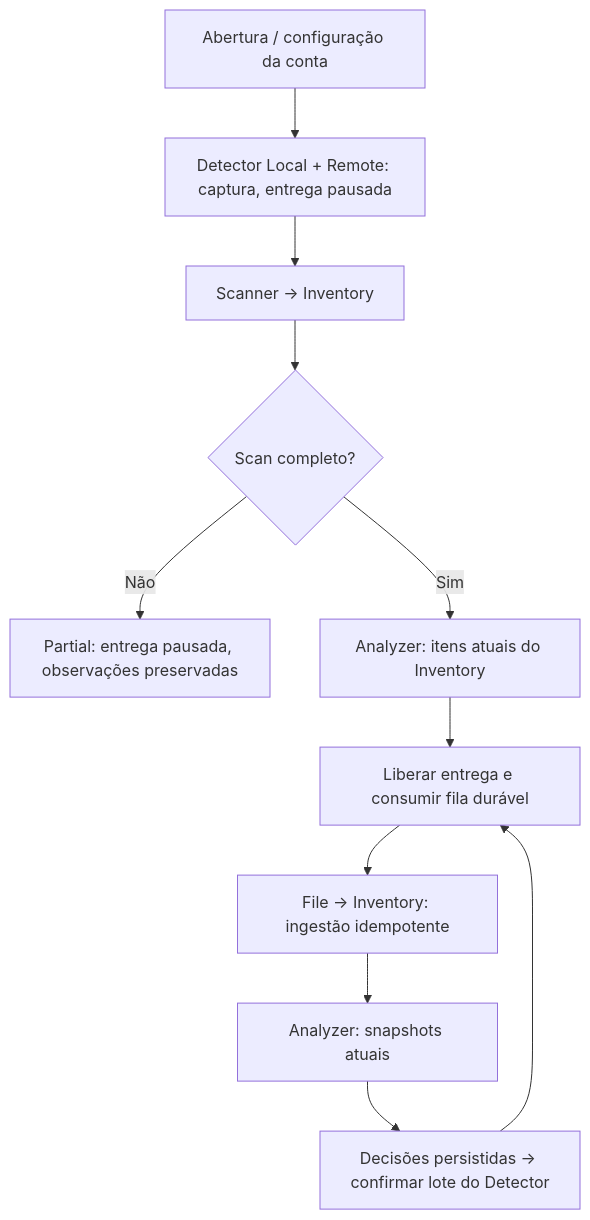
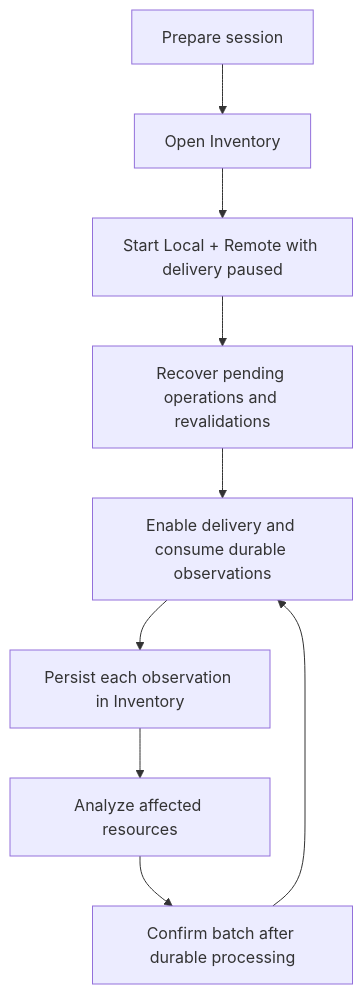
One commit to rafatosta/drivesync changed the diagram in docs/engine/orchestrator/README.md. Above: the diagram before and after it, drawn with Mermaid. The commit also changed other lines of this file and 78 other files, not shown here.

````diff
--- a/docs/engine/orchestrator/README.md
+++ b/docs/engine/orchestrator/README.md
@@ -8,13 +8,11 @@
 ```mermaid
 flowchart TD
-  A["Abertura / configuração da conta"] --> D["Detector Local + Remote: captura, entrega pausada"]
-  D --> S["Scanner → Inventory"]
-  S --> B{"Scan completo?"}
-  B -->|Não| P["Partial: entrega pausada, observações preservadas"]
-  B -->|Sim| I["Analyzer: itens atuais do Inventory"]
-  I --> R["Liberar entrega e consumir fila durável"]
-  R --> E["File → Inventory: ingestão idempotente"]
-  E --> N["Analyzer: snapshots atuais"]
-  N --> K["Decisões persistidas → confirmar lote do Detector"]
-  K --> R
+  A["Prepare session"] --> I["Open Inventory"]
+  I --> D["Start Local + Remote with delivery paused"]
+  D --> R["Recover pending operations and revalidations"]
+  R --> C["Enable delivery and consume durable observations"]
+  C --> P["Persist each observation in Inventory"]
+  P --> N["Analyze affected resources"]
+  N --> K["Confirm batch after durable processing"]
+  K --> C
 ```
````
